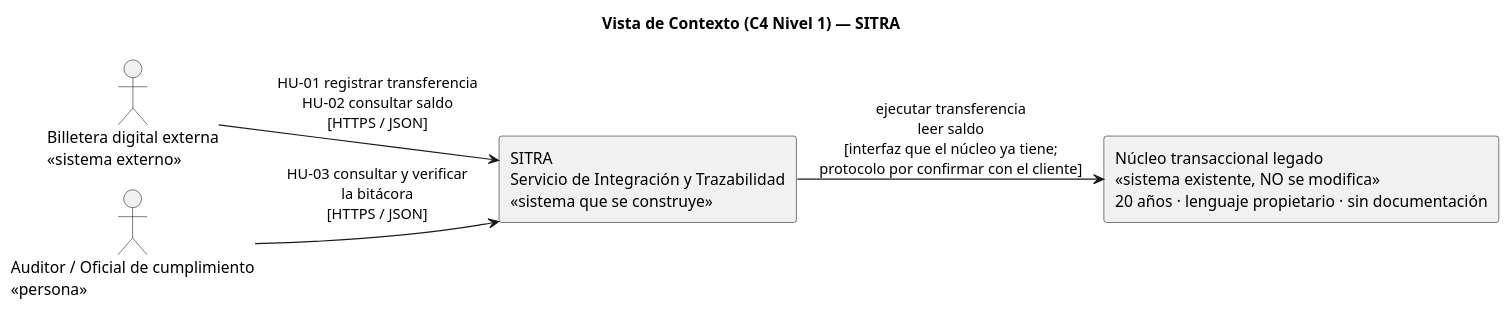
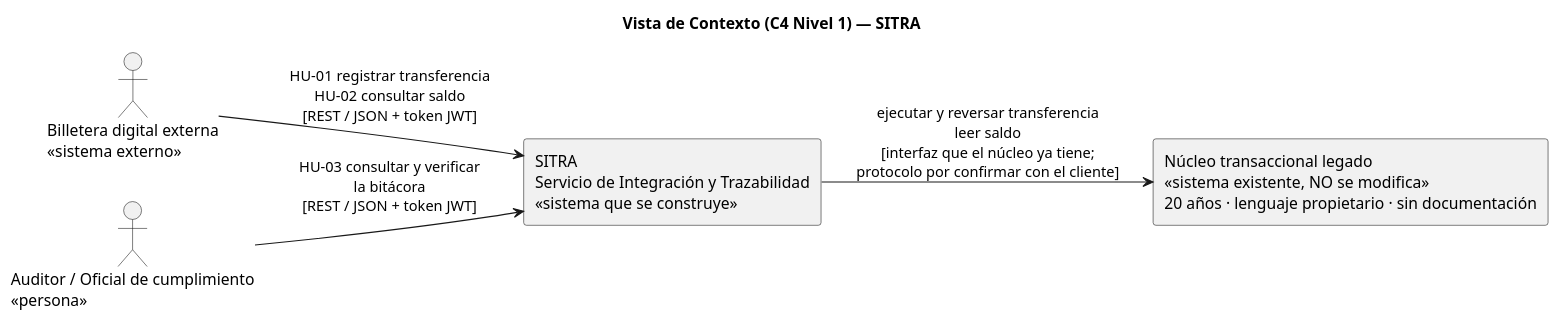
The diagram in docs/diagramas/01-contexto.puml (JorgeMario-V/sitra), drawn with PlantUML before and after one commit. The commit also changed 9 other files, not shown here.

```diff
--- a/docs/diagramas/01-contexto.puml
+++ b/docs/diagramas/01-contexto.puml
@@ -1,19 +1,18 @@
 @startuml
-!pragma layout smetana
 title Vista de Contexto (C4 Nivel 1) — SITRA
 skinparam monochrome true
 skinparam shadowing false
 skinparam defaultFontName Arial
 left to right direction
 
 actor "Billetera digital externa\n«sistema externo»" as BD
 actor "Auditor / Oficial de cumplimiento\n«persona»" as AU
 
 rectangle "SITRA\nServicio de Integración y Trazabilidad\n«sistema que se construye»" as S
 
 rectangle "Núcleo transaccional legado\n«sistema existente, NO se modifica»\n20 años · lenguaje propietario · sin documentación" as NL
 
-BD --> S : HU-01 registrar transferencia\nHU-02 consultar saldo\n[HTTPS / JSON]
-AU --> S : HU-03 consultar y verificar\nla bitácora\n[HTTPS / JSON]
-S --> NL : ejecutar transferencia\nleer saldo\n[interfaz que el núcleo ya tiene;\nprotocolo por confirmar con el cliente]
+BD --> S : HU-01 registrar transferencia\nHU-02 consultar saldo\n[REST / JSON + token JWT]
+AU --> S : HU-03 consultar y verificar\nla bitácora\n[REST / JSON + token JWT]
+S --> NL : ejecutar y reversar transferencia\nleer saldo\n[interfaz que el núcleo ya tiene;\nprotocolo por confirmar con el cliente]
 @enduml
```
